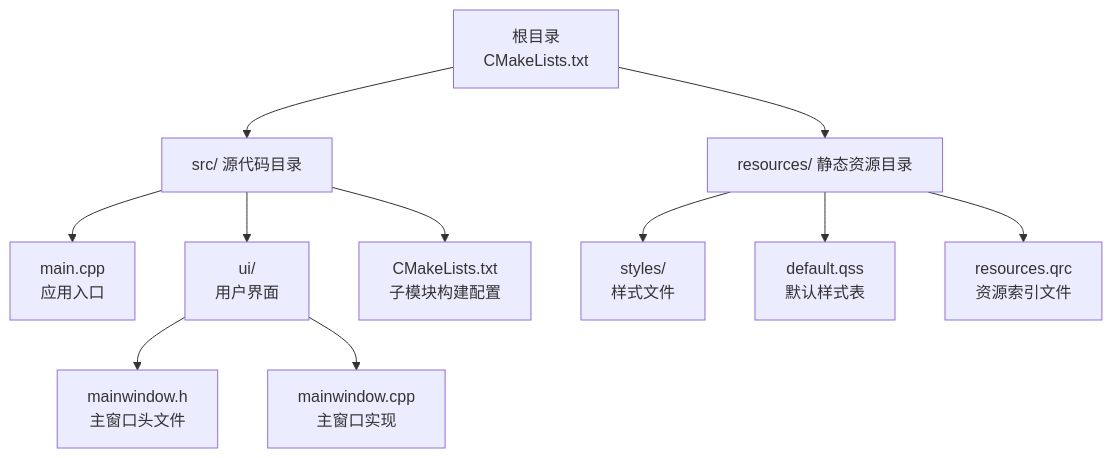
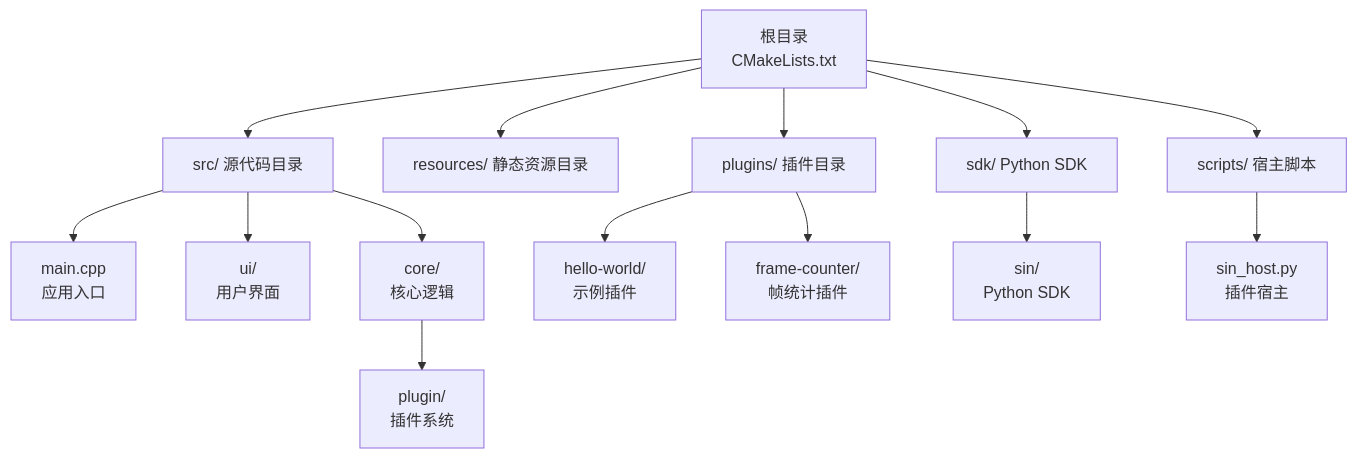
Before and after one commit to jakecai1225-design/OpenBus: the first of 4 diagrams in .qoder/repowiki/zh/content/项目概述/项目概述.md, drawn with Mermaid. The commit also changed other lines of this file and 22 other files, not shown here.

````diff
--- a/.qoder/repowiki/zh/content/项目概述/项目概述.md
+++ b/.qoder/repowiki/zh/content/项目概述/项目概述.md
@@ -46,13 +57,16 @@
 ```mermaid
 graph TB
 A["根目录<br/>CMakeLists.txt"] --> B["src/ 源代码目录"]
 A --> C["resources/ 静态资源目录"]
-B --> D["main.cpp<br/>应用入口"]
-B --> E["ui/<br/>用户界面"]
-B --> F["CMakeLists.txt<br/>子模块构建配置"]
-E --> G["mainwindow.h<br/>主窗口头文件"]
-E --> H["mainwindow.cpp<br/>主窗口实现"]
-C --> I["styles/<br/>样式文件"]
-C --> J["default.qss<br/>默认样式表"]
-C --> K["resources.qrc<br/>资源索引文件"]
+A --> D["plugins/ 插件目录"]
+A --> E["sdk/ Python SDK"]
+A --> F["scripts/ 宿主脚本"]
+B --> G["main.cpp<br/>应用入口"]
+B --> H["ui/<br/>用户界面"]
+B --> I["core/<br/>核心逻辑"]
+I --> J["plugin/<br/>插件系统"]
+D --> K["hello-world/<br/>示例插件"]
+D --> L["frame-counter/<br/>帧统计插件"]
+E --> M["sin/<br/>Python SDK"]
+F --> N["sin_host.py<br/>插件宿主"]
 ```
````
